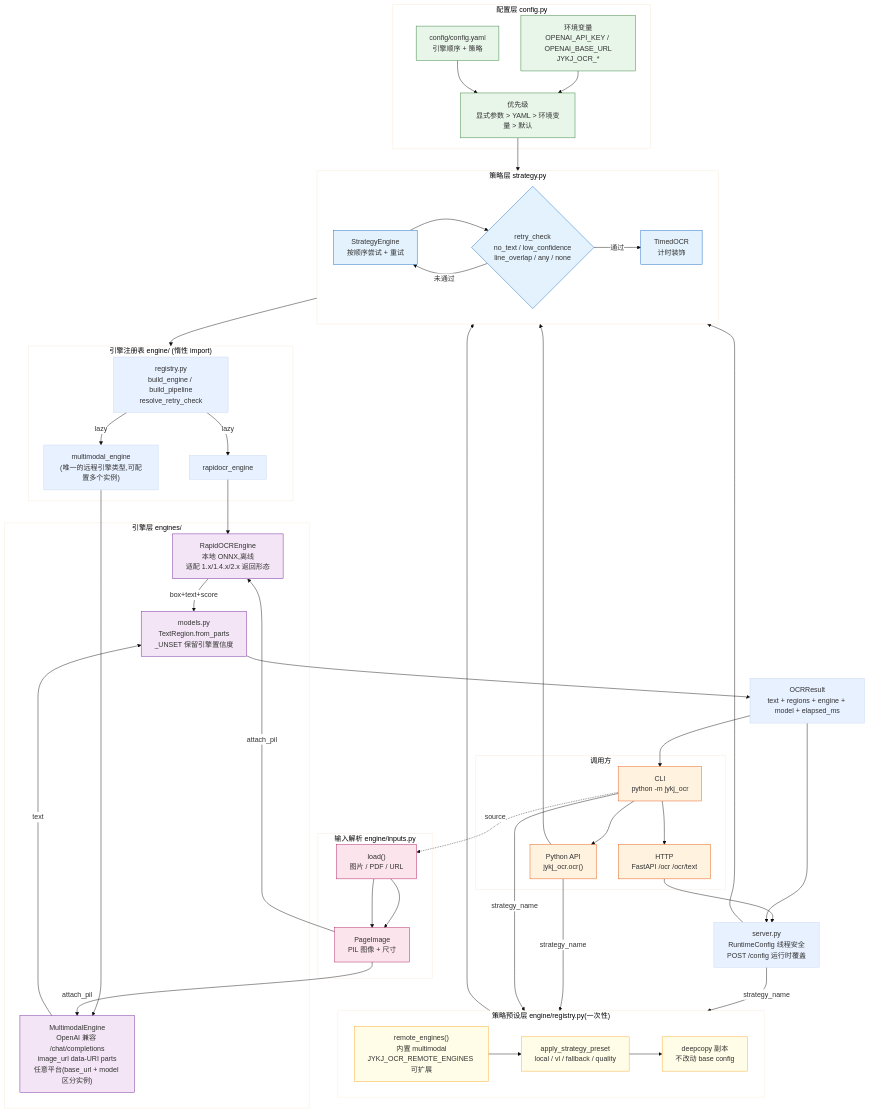
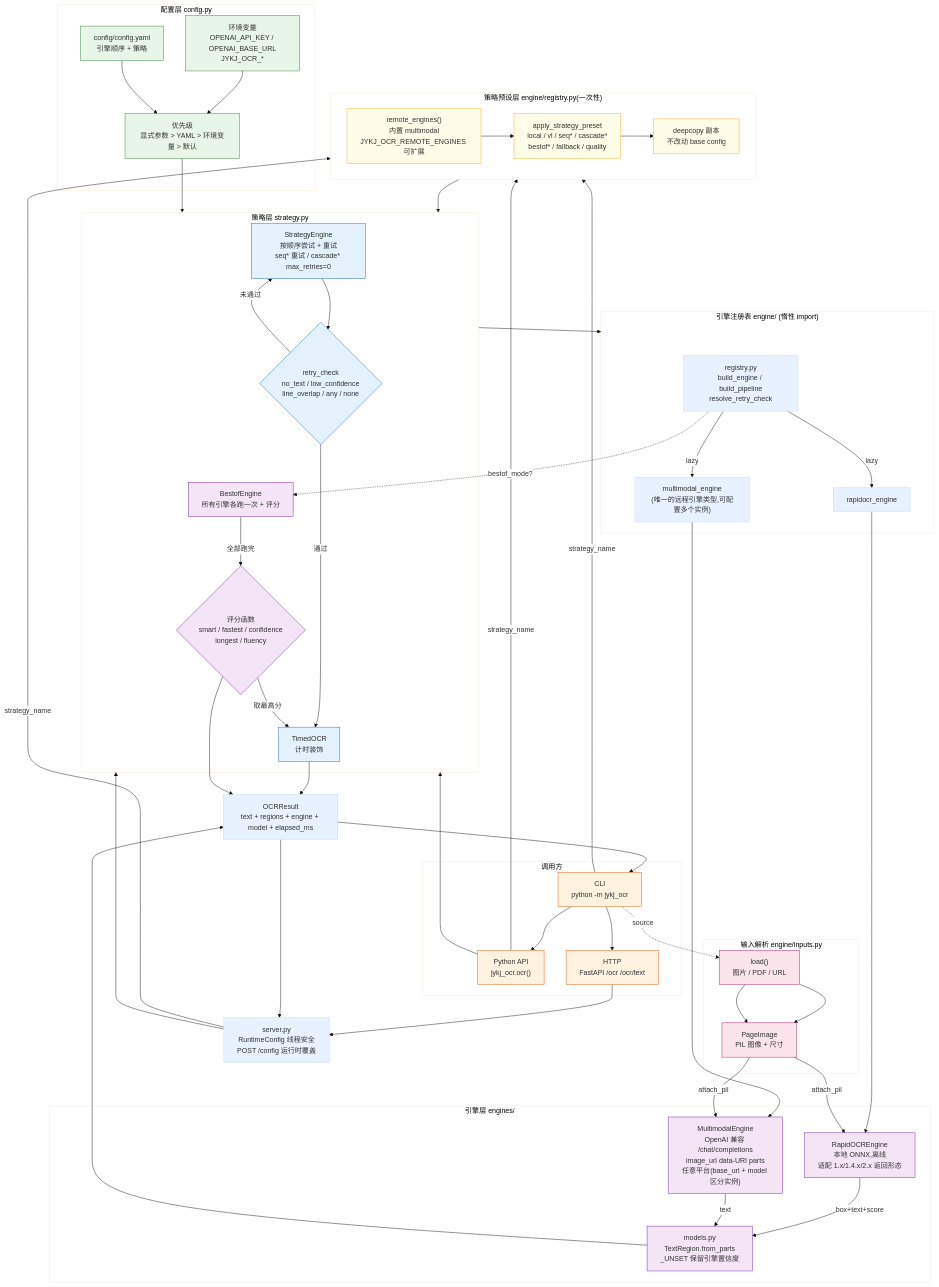
One commit to yejinlei/jykj-ocr changed the diagram in docs/architecture.mmd. Above: the diagram before and after it, drawn with Mermaid. The commit also changed 3 other files, not shown here.

```diff
--- a/docs/architecture.mmd
+++ b/docs/architecture.mmd
@@ -1,89 +1,99 @@
 %%{init: {"theme": "base", "themeVariables": {"primaryColor": "#e8f1ff", "edgeLabelBackground": "#ffffff", "fontFamily": "SimHei, Microsoft YaHei, sans-serif"}}}%%
 flowchart TB
 
     subgraph CLIENT["调用方"]
         CLI["CLI<br/>python -m jykj_ocr"]
         PYAPI["Python API<br/>jykj_ocr.ocr()"]
         HTTP["HTTP<br/>FastAPI /ocr /ocr/text"]
     end
 
     subgraph CONFIG["配置层 config.py"]
         ENV["环境变量<br/>OPENAI_API_KEY / OPENAI_BASE_URL<br/>JYKJ_OCR_*"]
         YAML["config/config.yaml<br/>引擎顺序 + 策略"]
         PREC["优先级<br/>显式参数 > YAML > 环境变量 > 默认"]
         ENV --> PREC
         YAML --> PREC
     end
 
     subgraph PRESET["策略预设层 engine/registry.py(一次性)"]
-        APPLY["apply_strategy_preset<br/>local / vl / fallback / quality"]
+        APPLY["apply_strategy_preset<br/>local / vl / seq* / cascade*<br/>bestof* / fallback / quality"]
         REMOTE["remote_engines()<br/>内置 multimodal<br/>JYKJ_OCR_REMOTE_ENGINES 可扩展"]
         ONESHOT["deepcopy 副本<br/>不改动 base config"]
         APPLY --> ONESHOT
         REMOTE --> APPLY
     end
 
     subgraph ORCH["策略层 strategy.py"]
-        STRAT["StrategyEngine<br/>按顺序尝试 + 重试"]
+        STRAT["StrategyEngine<br/>按顺序尝试 + 重试<br/>seq* 重试 / cascade* max_retries=0"]
         RETRY{"retry_check<br/>no_text / low_confidence<br/>line_overlap / any / none"}
+        BESTOF["BestofEngine<br/>所有引擎各跑一次 + 评分"]
+        SCORE{"评分函数<br/>smart / fastest / confidence<br/>longest / fluency"}
         TIMED["TimedOCR<br/>计时装饰"]
         STRAT --> RETRY
         RETRY -->|未通过| STRAT
         RETRY -->|通过| TIMED
+        BESTOF -->|全部跑完| SCORE
+        SCORE -->|取最高分| TIMED
     end
 
     subgraph REG["引擎注册表 engine/ (惰性 import)"]
         REGISTRY["registry.py<br/>build_engine / build_pipeline<br/>resolve_retry_check"]
         REGISTRY -->|lazy| RAPID_IMP["rapidocr_engine"]
         REGISTRY -->|lazy| MULTI_IMP["multimodal_engine<br/>(唯一的远程引擎类型,可配置多个实例)"]
     end
 
     subgraph ENGINES["引擎层 engines/"]
         RAPID["RapidOCREngine<br/>本地 ONNX,离线<br/>适配 1.x/1.4.x/2.x 返回形态"]
         MULTI["MultimodalEngine<br/>OpenAI 兼容 /chat/completions<br/>image_url data-URI parts<br/>任意平台(base_url + model 区分实例)"]
         RAPID -->|box+text+score| MODELS_MOD["models.py<br/>TextRegion.from_parts<br/>_UNSET 保留引擎置信度"]
         MULTI -->|text| MODELS_MOD
     end
 
     subgraph INPUT["输入解析 engine/inputs.py"]
         LOAD["load()<br/>图片 / PDF / URL"]
         PAGE["PageImage<br/>PIL 图像 + 尺寸"]
         LOAD --> PAGE
     end
 
     CLI --> PYAPI
     CLI --> HTTP
     HTTP --> SERV["server.py<br/>RuntimeConfig 线程安全<br/>POST /config 运行时覆盖"]
     SERV -->|strategy_name| PRESET
     PYAPI -->|strategy_name| PRESET
     CLI -->|strategy_name| PRESET
     PRESET --> ORCH
     SERV --> ORCH
     PYAPI --> ORCH
     PREC --> ORCH
 
     ORCH --> REG
+    REGISTRY -.->|bestof_mode?| BESTOF
+
+    MODELS_MOD --> OUT["OCRResult<br/>text + regions + engine + model + elapsed_ms"]
+    TIMED --> OUT
+    SCORE --> OUT
     RAPID_IMP --> RAPID
     MULTI_IMP --> MULTI
 
     CLI -.->|source| LOAD
     LOAD --> PAGE
     PAGE -->|attach_pil| RAPID
     PAGE -->|attach_pil| MULTI
 
-    MODELS_MOD --> OUT["OCRResult<br/>text + regions + engine + model + elapsed_ms"]
     OUT --> CLI
     OUT --> SERV
 
     classDef client fill:#fff3e0,stroke:#e65100
     classDef config fill:#e8f5e9,stroke:#2e7d32
     classDef preset fill:#fffde7,stroke:#f9a825
     classDef orch fill:#e3f2fd,stroke:#1565c0
+    classDef best fill:#f3e5f5,stroke:#6a1b9a
     classDef eng fill:#f3e5f5,stroke:#6a1b9a
     classDef input fill:#fce4ec,stroke:#ad1457
     class CLI,PYAPI,HTTP client
     class ENV,YAML,PREC config
     class APPLY,REMOTE,ONESHOT preset
     class STRAT,RETRY,TIMED orch
+    class BESTOF,SCORE best
     class RAPID,MULTI,MODELS_MOD eng
     class LOAD,PAGE input
```
